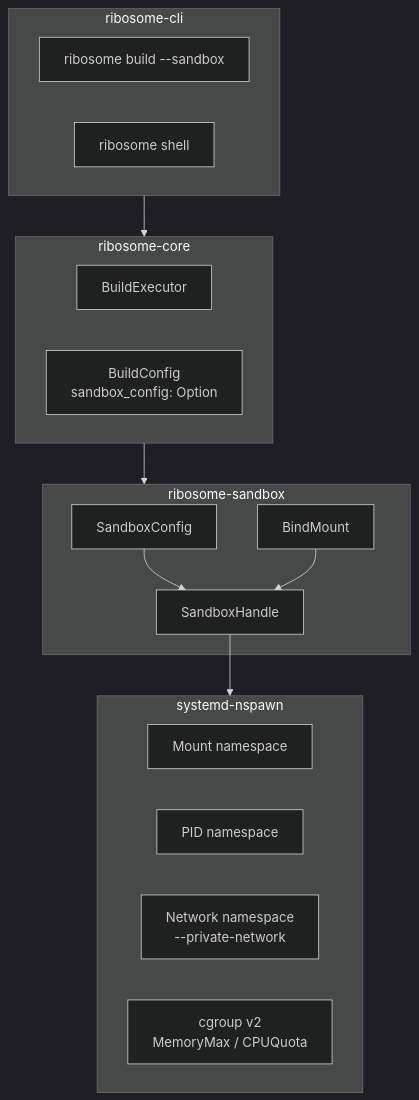
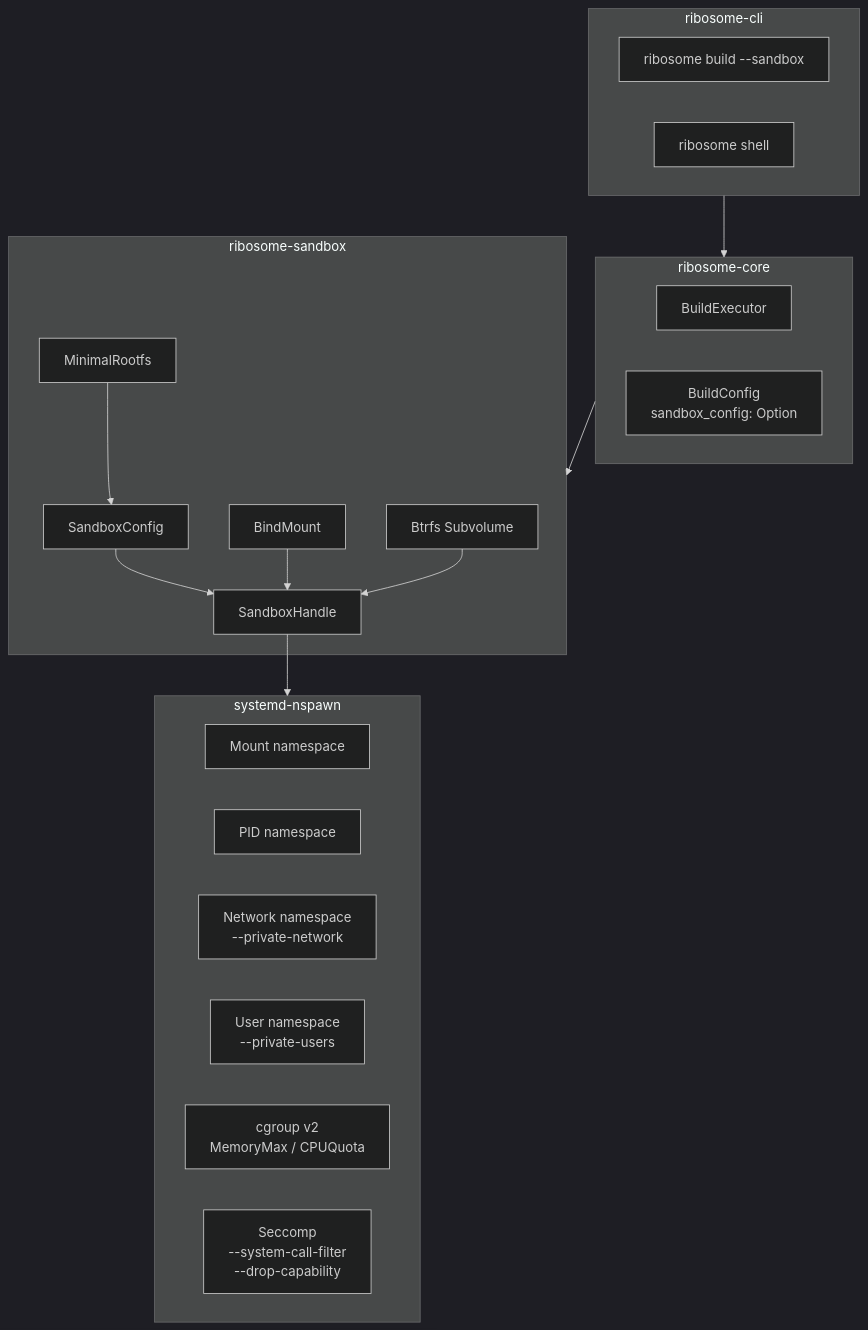
One commit to Li-Yaosong/lysine-os changed the diagram in docs/ribosome-book/sandbox-design.md. Above: the diagram before and after it, drawn with Mermaid (dark theme). The commit also changed other lines of this file and 10 other files, not shown here.

````diff
--- a/docs/ribosome-book/sandbox-design.md
+++ b/docs/ribosome-book/sandbox-design.md
@@ -15,31 +24,37 @@
 ```mermaid
 flowchart TB
     subgraph cli[ribosome-cli]
         build_cmd["ribosome build --sandbox"]
         shell_cmd["ribosome shell"]
     end
 
     subgraph core[ribosome-core]
         executor[BuildExecutor]
         config[BuildConfig<br/>sandbox_config: Option]
     end
 
     subgraph sandbox[ribosome-sandbox]
         sc[SandboxConfig]
         sh[SandboxHandle]
         bm[BindMount]
+        rootfs[MinimalRootfs]
+        btrfs[Btrfs Subvolume]
     end
 
     subgraph nspawn[systemd-nspawn]
         ns_mount["Mount namespace"]
         ns_pid["PID namespace"]
         ns_net["Network namespace<br/>--private-network"]
+        ns_user["User namespace<br/>--private-users"]
         cgroup["cgroup v2<br/>MemoryMax / CPUQuota"]
+        seccomp["Seccomp<br/>--system-call-filter<br/>--drop-capability"]
     end
 
     cli --> core
     core --> sandbox
     sh --> nspawn
     sc --> sh
     bm --> sh
+    rootfs --> sc
+    btrfs --> sh
 ```
````
